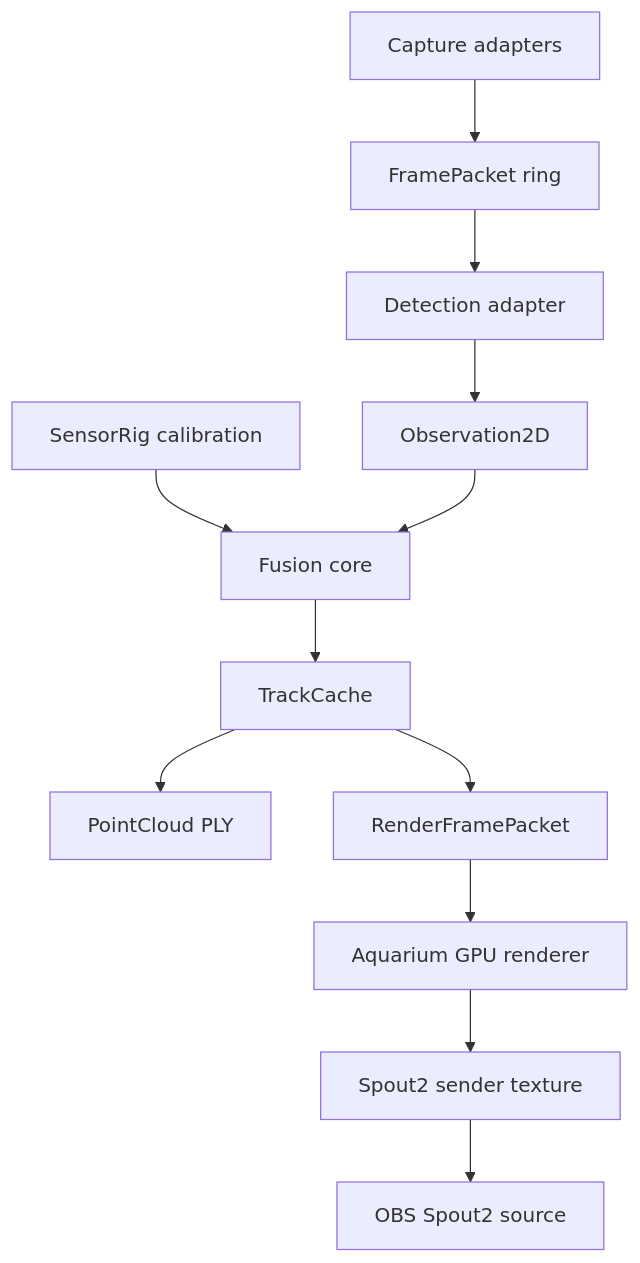
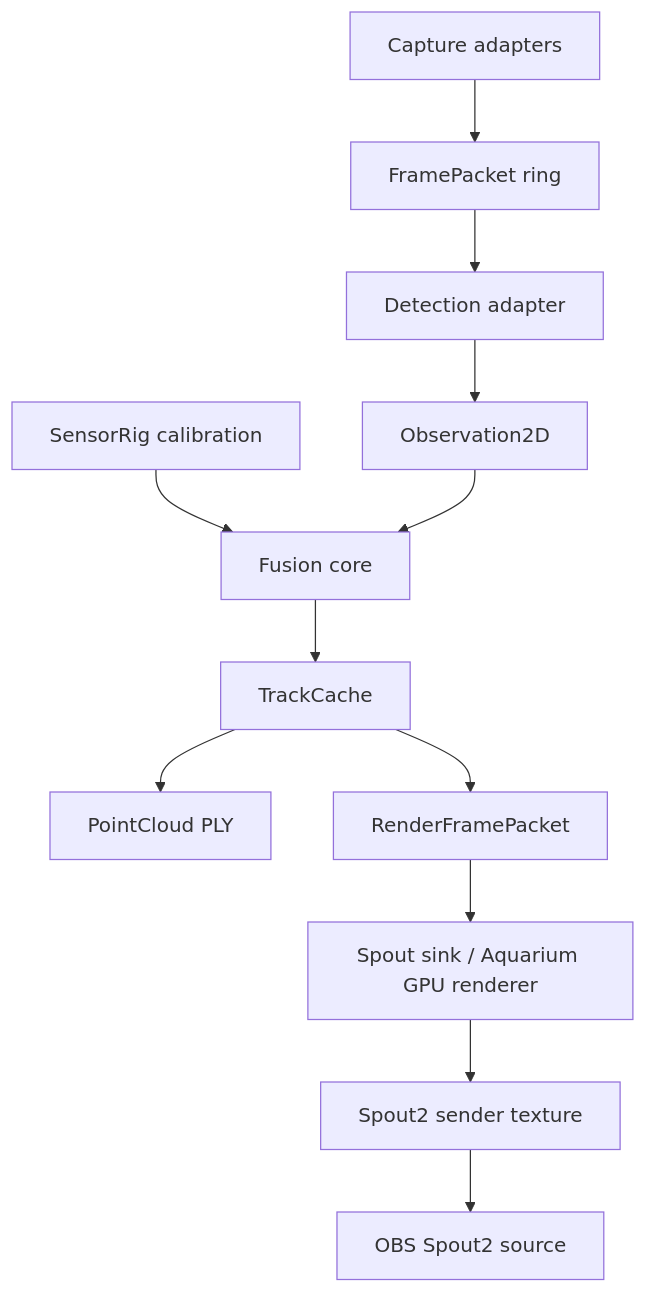
One commit to GameCult/Mimir changed the diagram in docs/sensor-fusion-architecture.md. Above: the diagram before and after it, drawn with Mermaid. The commit also changed other lines of this file and 11 other files, not shown here.

Commit message:
Add OBS Spout point cloud sink

````diff
--- a/docs/sensor-fusion-architecture.md
+++ b/docs/sensor-fusion-architecture.md
@@ -30,14 +30,14 @@
 ```mermaid
 flowchart TD
     A["Capture adapters"] --> B["FramePacket ring"]
     B --> C["Detection adapter"]
     C --> D["Observation2D"]
     E["SensorRig calibration"] --> F["Fusion core"]
     D --> F
     F --> G["TrackCache"]
     G --> H["PointCloud PLY"]
     G --> I["RenderFramePacket"]
-    I --> J["Aquarium GPU renderer"]
+    I --> J["Spout sink / Aquarium GPU renderer"]
     J --> K["Spout2 sender texture"]
     K --> L["OBS Spout2 source"]
 ```
````
